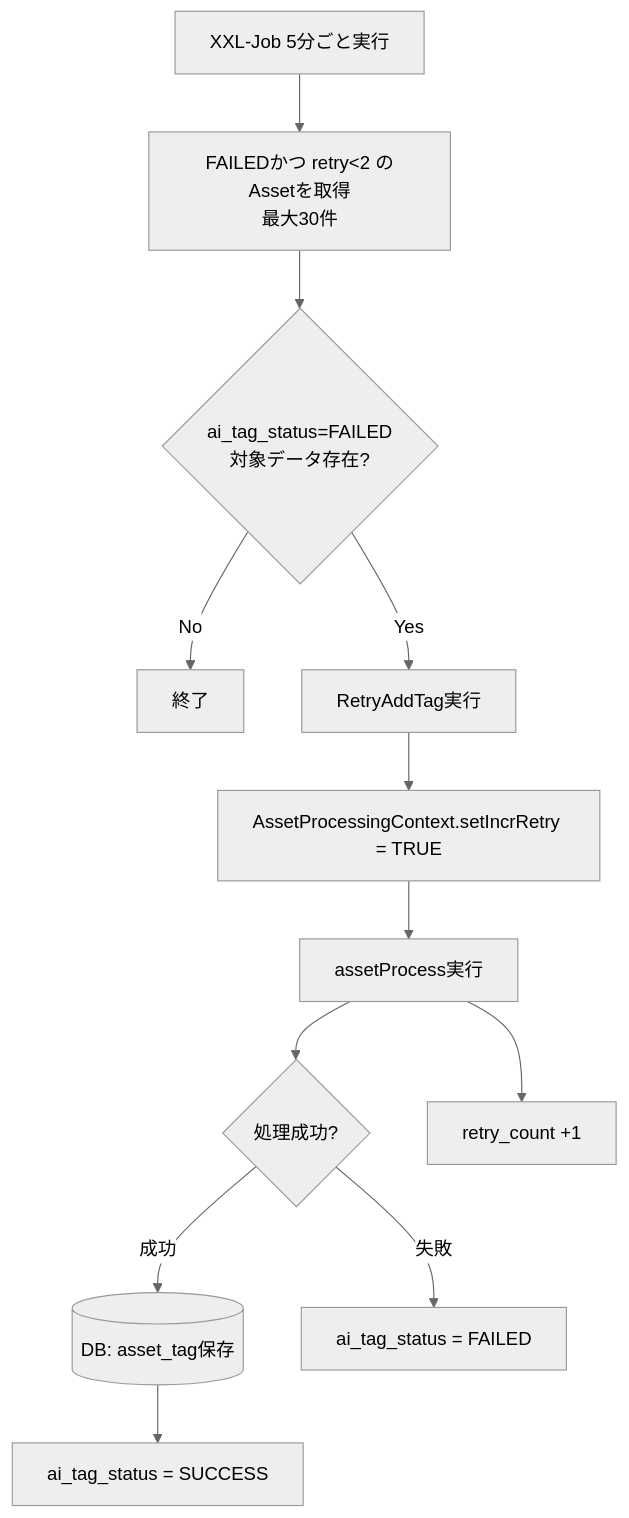
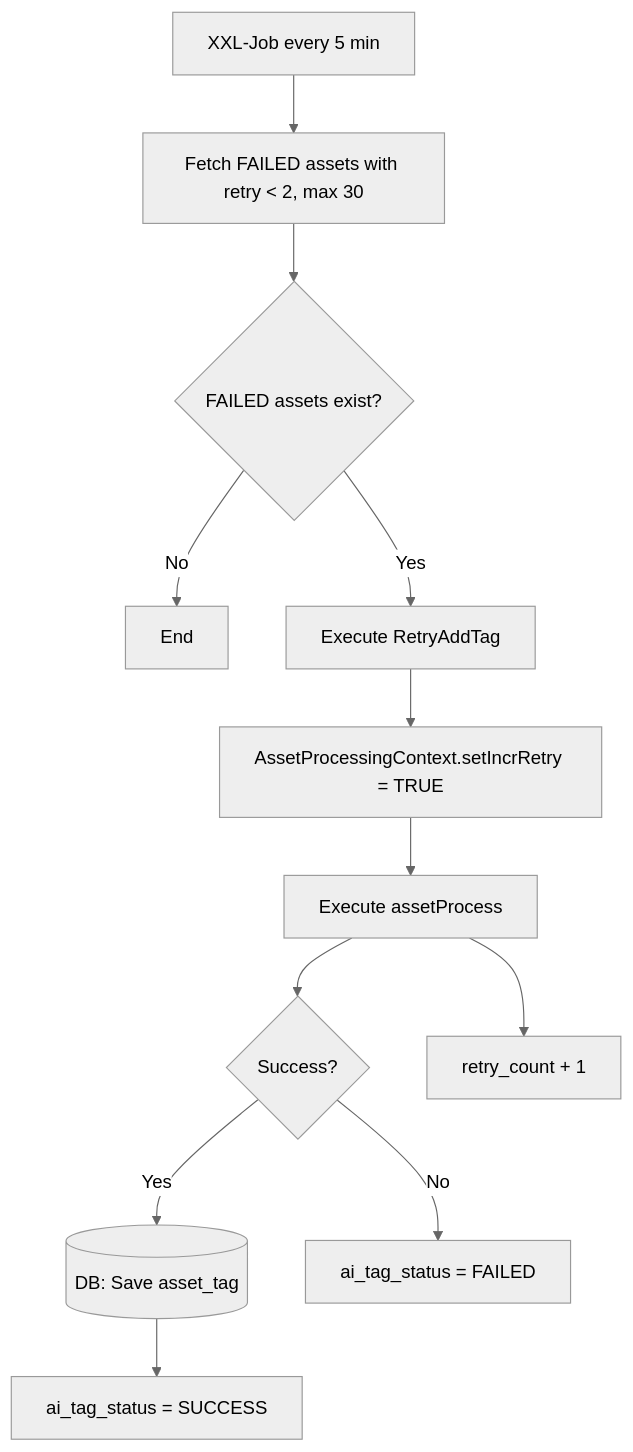
The third of 4 diagrams in README.md (joshaken/digital-assets-management-service), drawn with Mermaid (neutral theme) before and after one commit. The commit also changed other lines of this file and 1 other file, not shown here.

````diff
--- a/README.md
+++ b/README.md
@@ -100,14 +101,14 @@
 ```mermaid
 flowchart TD
-    A[XXL-Job 5分ごと実行] --> B[FAILEDかつ retry<2 のAssetを取得<br/>最大30件]
-    B --> C{ai_tag_status=FAILED<br/>対象データ存在?}
-    C -->|No| D[終了]
-    C -->|Yes| E[RetryAddTag実行]
+    A[XXL-Job every 5 min] --> B[Fetch FAILED assets with retry < 2, max 30]
+    B --> C{FAILED assets exist?}
+    C -->|No| D[End]
+    C -->|Yes| E[Execute RetryAddTag]
     E --> F[AssetProcessingContext.setIncrRetry = TRUE]
-    F --> G[assetProcess実行]
-    G --> H{処理成功?}
-    H -->|成功| I[(DB: asset_tag保存)]
+    F --> G[Execute assetProcess]
+    G --> H{Success?}
+    H -->|Yes| I[(DB: Save asset_tag)]
     I --> J[ai_tag_status = SUCCESS]
-    H -->|失敗| K[ai_tag_status = FAILED]
-    G --> L[retry_count +1]
+    H -->|No| K[ai_tag_status = FAILED]
+    G --> L[retry_count + 1]
 ```
````
